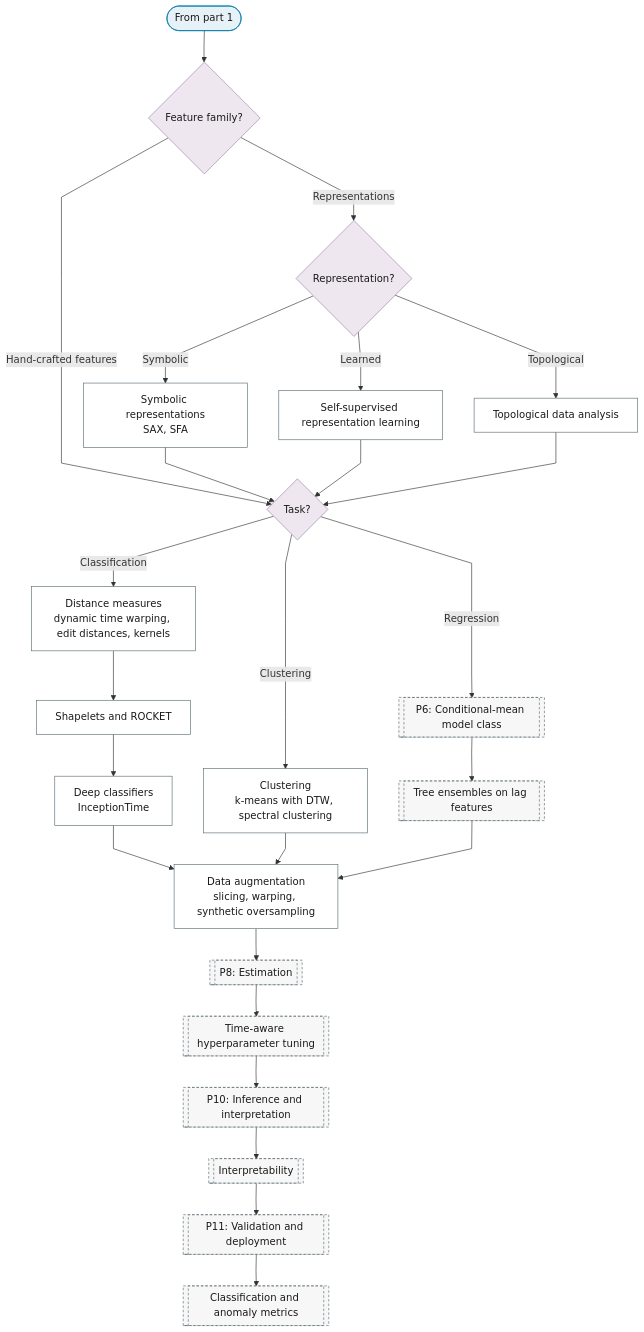
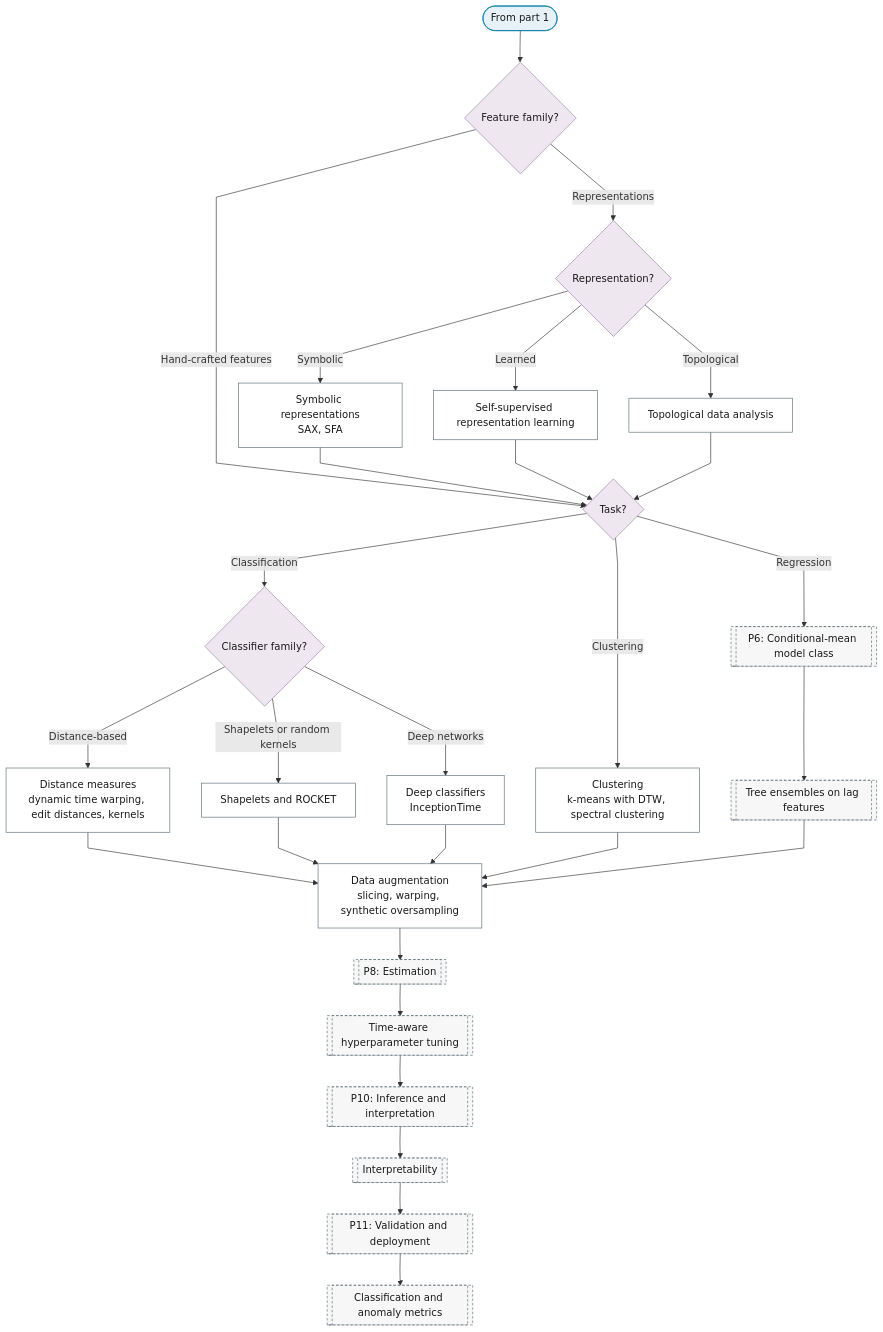
Before and after one commit to Shuxin-Y/time-series-analysis-manual: the second of 2 diagrams in docs/01-workflow/p02-purpose/07-feature-extraction-classification.md, drawn with Mermaid. The commit also changed 5 other files, not shown here.

First line of the commit message:
fix(flowchart): the last alternative chains become fan-outs (rev1 M8, rev2 N10, rev3 N8)

````diff
--- a/docs/01-workflow/p02-purpose/07-feature-extraction-classification.md
+++ b/docs/01-workflow/p02-purpose/07-feature-extraction-classification.md
@@ -36,36 +36,37 @@
 ```mermaid
 %%{init: {"flowchart": {"curve": "linear"}}}%%
 graph TD
     P2_FE_FROM_PART_1(["From part 1"]) --> P2_FE_FEATURE_Q_2{"Feature family?"}
     P2_FE_FEATURE_Q_2 -->|"Representations"| P2_FE_REPRESENTATION{"Representation?"}
     P2_FE_FEATURE_Q_2 -->|"Hand-crafted features"| P2_FE_LEARNER
     P2_FE_REPRESENTATION -->|"Symbolic"| P2_FE_SYMBOLIC["Symbolic representations<br/>SAX, SFA"]
     P2_FE_REPRESENTATION -->|"Learned"| P2_FE_REPRESENTATION_LEARNING["Self-supervised representation learning"]
     P2_FE_REPRESENTATION -->|"Topological"| P2_FE_TDA["Topological data analysis"]
     P2_FE_SYMBOLIC & P2_FE_REPRESENTATION_LEARNING & P2_FE_TDA --> P2_FE_LEARNER{"Task?"}
-    P2_FE_LEARNER -->|"Classification"| P2_FE_DISTANCES["Distance measures<br/>dynamic time warping, edit distances, kernels"]
+    P2_FE_LEARNER -->|"Classification"| P2_FE_CLASSIFIER{"Classifier family?"}
+    P2_FE_CLASSIFIER -->|"Distance-based"| P2_FE_DISTANCES["Distance measures<br/>dynamic time warping, edit distances, kernels"]
+    P2_FE_CLASSIFIER -->|"Shapelets or random kernels"| P2_FE_SHAPELETS["Shapelets and ROCKET"]
+    P2_FE_CLASSIFIER -->|"Deep networks"| P2_FE_DEEP_CLASSIFIERS["Deep classifiers<br/>InceptionTime"]
     P2_FE_LEARNER -->|"Clustering"| P2_FE_CLUSTERING["Clustering<br/>k-means with DTW, spectral clustering"]
     P2_FE_LEARNER -->|"Regression"| P6[["P6: Conditional-mean model class"]]
     P6 --> P6_TREE_ENSEMBLES[["Tree ensembles on lag features"]]
-    P2_FE_DISTANCES --> P2_FE_SHAPELETS["Shapelets and ROCKET"]
-    P2_FE_SHAPELETS --> P2_FE_DEEP_CLASSIFIERS["Deep classifiers<br/>InceptionTime"]
-    P2_FE_DEEP_CLASSIFIERS & P2_FE_CLUSTERING & P6_TREE_ENSEMBLES --> P2_FE_AUGMENTATION["Data augmentation<br/>slicing, warping, synthetic oversampling"]
+    P2_FE_DISTANCES & P2_FE_SHAPELETS & P2_FE_DEEP_CLASSIFIERS & P2_FE_CLUSTERING & P6_TREE_ENSEMBLES --> P2_FE_AUGMENTATION["Data augmentation<br/>slicing, warping, synthetic oversampling"]
     P2_FE_AUGMENTATION --> P8[["P8: Estimation"]]
     P8 --> P8_HYPERPARAMETERS[["Time-aware hyperparameter tuning"]]
     P8_HYPERPARAMETERS --> P10[["P10: Inference and interpretation"]]
     P10 --> P10_INTERPRETABILITY[["Interpretability"]]
     P10_INTERPRETABILITY --> P11[["P11: Validation and deployment"]]
     P11 --> P11_CLASSIFICATION_METRICS[["Classification and anomaly metrics"]]
     class P2_FE_FROM_PART_1 terminator
-    class P2_FE_FEATURE_Q_2,P2_FE_REPRESENTATION,P2_FE_LEARNER decision
-    class P2_FE_SYMBOLIC,P2_FE_REPRESENTATION_LEARNING,P2_FE_TDA,P2_FE_DISTANCES,P2_FE_CLUSTERING,P2_FE_SHAPELETS,P2_FE_DEEP_CLASSIFIERS,P2_FE_AUGMENTATION process
+    class P2_FE_FEATURE_Q_2,P2_FE_REPRESENTATION,P2_FE_LEARNER,P2_FE_CLASSIFIER decision
+    class P2_FE_SYMBOLIC,P2_FE_REPRESENTATION_LEARNING,P2_FE_TDA,P2_FE_DISTANCES,P2_FE_SHAPELETS,P2_FE_DEEP_CLASSIFIERS,P2_FE_CLUSTERING,P2_FE_AUGMENTATION process
     class P6,P6_TREE_ENSEMBLES,P8,P8_HYPERPARAMETERS,P10,P10_INTERPRETABILITY,P11,P11_CLASSIFICATION_METRICS ref
     classDef terminator fill:#E6F2F7,stroke:#007BA7,color:#1A1A1A;
     classDef process fill:#FFFFFF,stroke:#5A6B73,color:#1A1A1A;
     classDef decision fill:#EFE7F0,stroke:#9B7FA7,color:#1A1A1A;
     classDef data fill:#FFF4E0,stroke:#C9A55E,color:#1A1A1A;
     classDef good fill:#DCEFD8,stroke:#4A7A3F,color:#1A1A1A;
     classDef escalate fill:#FFE9C2,stroke:#C9A55E,color:#1A1A1A;
     classDef problem fill:#F2D9DE,stroke:#800020,color:#1A1A1A;
     classDef ref fill:#F7F7F7,stroke:#5A6B73,color:#1A1A1A,stroke-dasharray:4 3;
 ```
````
